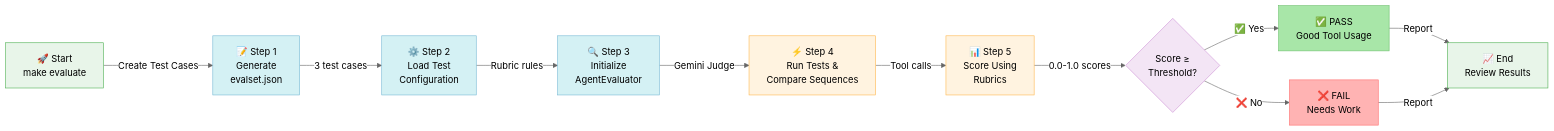
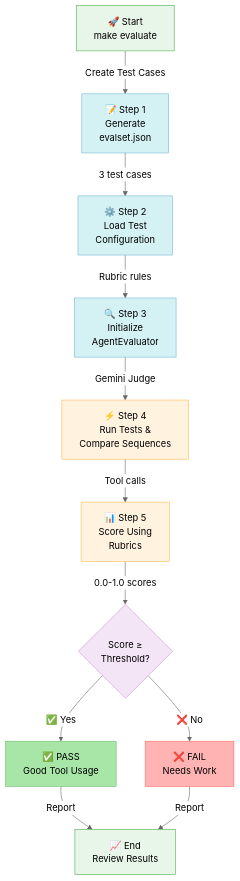
One commit to raphaelmansuy/adk_training changed the third of 4 diagrams in docs/docs/til/til_rubric_based_tool_use_quality_20251021.md. Above: the diagram before and after it, drawn with Mermaid (neutral theme). The commit also changed other lines of this file and 2 other files, not shown here.

````diff
--- a/docs/docs/til/til_rubric_based_tool_use_quality_20251021.md
+++ b/docs/docs/til/til_rubric_based_tool_use_quality_20251021.md
@@ -519,31 +520,31 @@
 ```mermaid
-graph LR
+graph TD
     Start["🚀 Start<br/>make evaluate"] -->|Create Test Cases| Step1["📝 Step 1<br/>Generate<br/>evalset.json"]
-    
+
     Step1 -->|3 test cases| Step2["⚙️ Step 2<br/>Load Test<br/>Configuration"]
-    
+
     Step2 -->|Rubric rules| Step3["🔍 Step 3<br/>Initialize<br/>AgentEvaluator"]
-    
+
     Step3 -->|Gemini Judge| Step4["⚡ Step 4<br/>Run Tests &<br/>Compare Sequences"]
-    
+
     Step4 -->|Tool calls| Step5["📊 Step 5<br/>Score Using<br/>Rubrics"]
-    
+
     Step5 -->|0.0-1.0 scores| Judge{"Score ≥<br/>Threshold?"}
-    
+
     Judge -->|✅ Yes| Result_Pass["✅ PASS<br/>Good Tool Usage"]
     Judge -->|❌ No| Result_Fail["❌ FAIL<br/>Needs Work"]
-    
+
     Result_Pass -->|Report| End["📈 End<br/>Review Results"]
     Result_Fail -->|Report| End
-    
+
     style Start fill:#e8f5e9,stroke:#4caf50,color:#000
     style Step1 fill:#d4f1f4,stroke:#76b8d4,color:#000
     style Step2 fill:#d4f1f4,stroke:#76b8d4,color:#000
     style Step3 fill:#d4f1f4,stroke:#76b8d4,color:#000
     style Step4 fill:#fff3e0,stroke:#ffb74d,color:#000
     style Step5 fill:#fff3e0,stroke:#ffb74d,color:#000
     style Judge fill:#f3e5f5,stroke:#ce93d8,color:#000
     style Result_Pass fill:#a8e6a8,stroke:#6bbf6b,color:#000
     style Result_Fail fill:#ffb3b3,stroke:#ff6b6b,color:#000
     style End fill:#e8f5e9,stroke:#4caf50,color:#000
 ```
````
